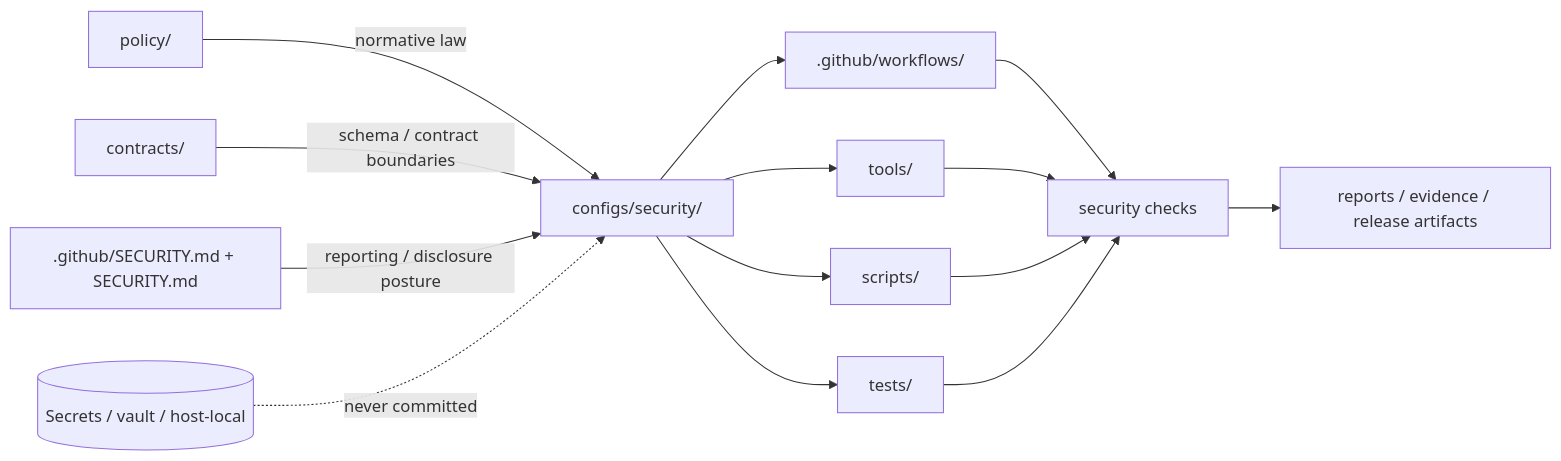
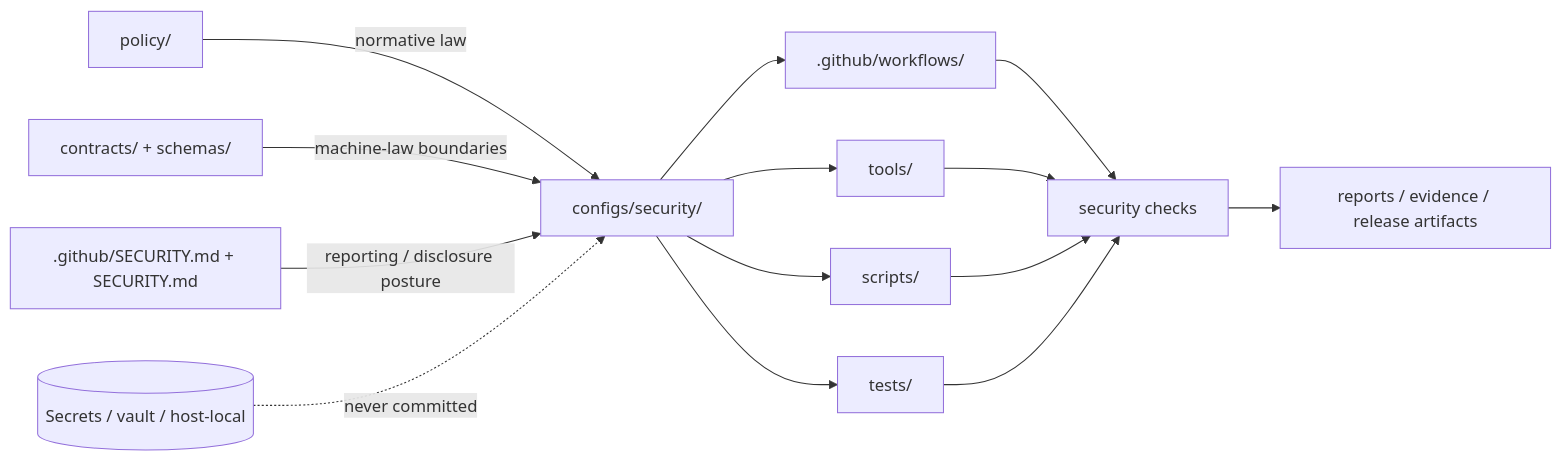
The diagram in configs/security/README.md (bartytime4life/Kansas-Frontier-Matrix), drawn with Mermaid before and after one commit. The commit also changed other lines of this file, not shown here.

````diff
--- a/configs/security/README.md
+++ b/configs/security/README.md
@@ -229,20 +243,20 @@
 ```mermaid
 flowchart LR
     A[policy/] -->|normative law| B[configs/security/]
-    C[contracts/] -->|schema / contract boundaries| B
+    C[contracts/ + schemas/] -->|machine-law boundaries| B
     D[.github/SECURITY.md + SECURITY.md] -->|reporting / disclosure posture| B
 
     B --> E[.github/workflows/]
     B --> F[tools/]
     B --> G[scripts/]
     B --> H[tests/]
 
     E --> I[security checks]
     F --> I
     G --> I
     H --> I
 
     I --> J[reports / evidence / release artifacts]
 
     S[(Secrets / vault / host-local)] -. never committed .-> B
 ```
````
